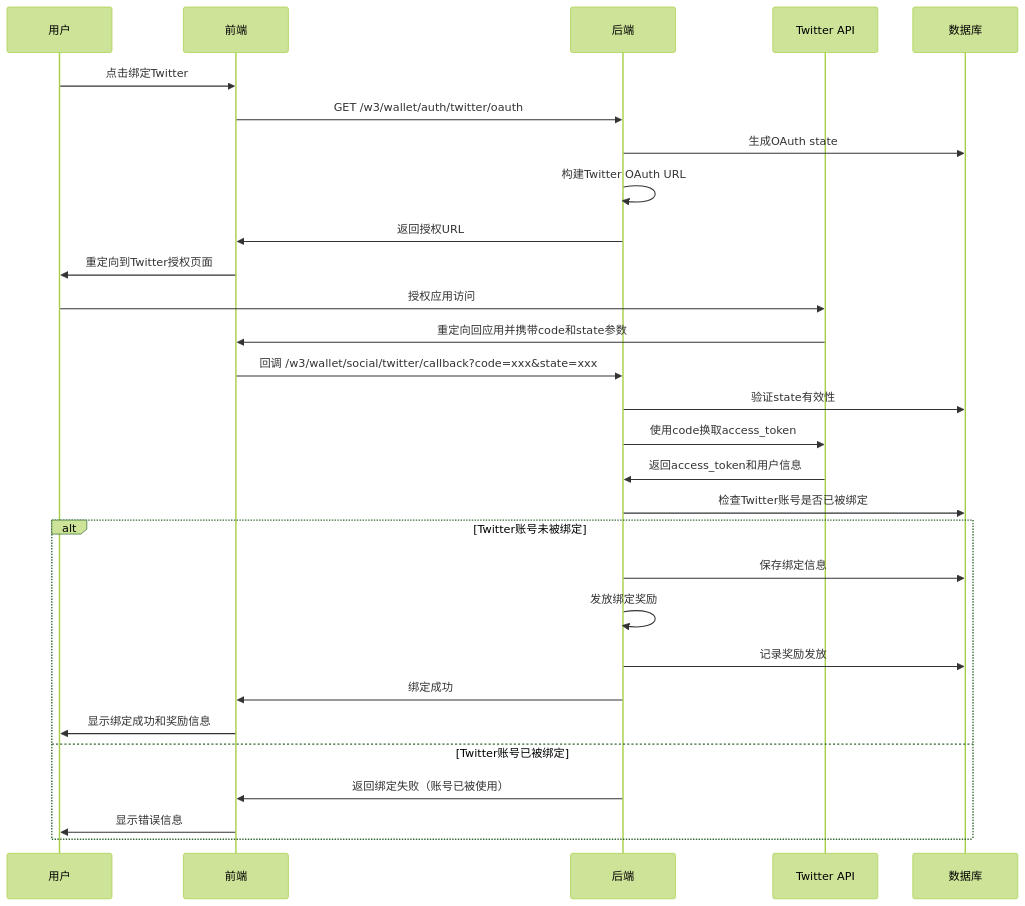
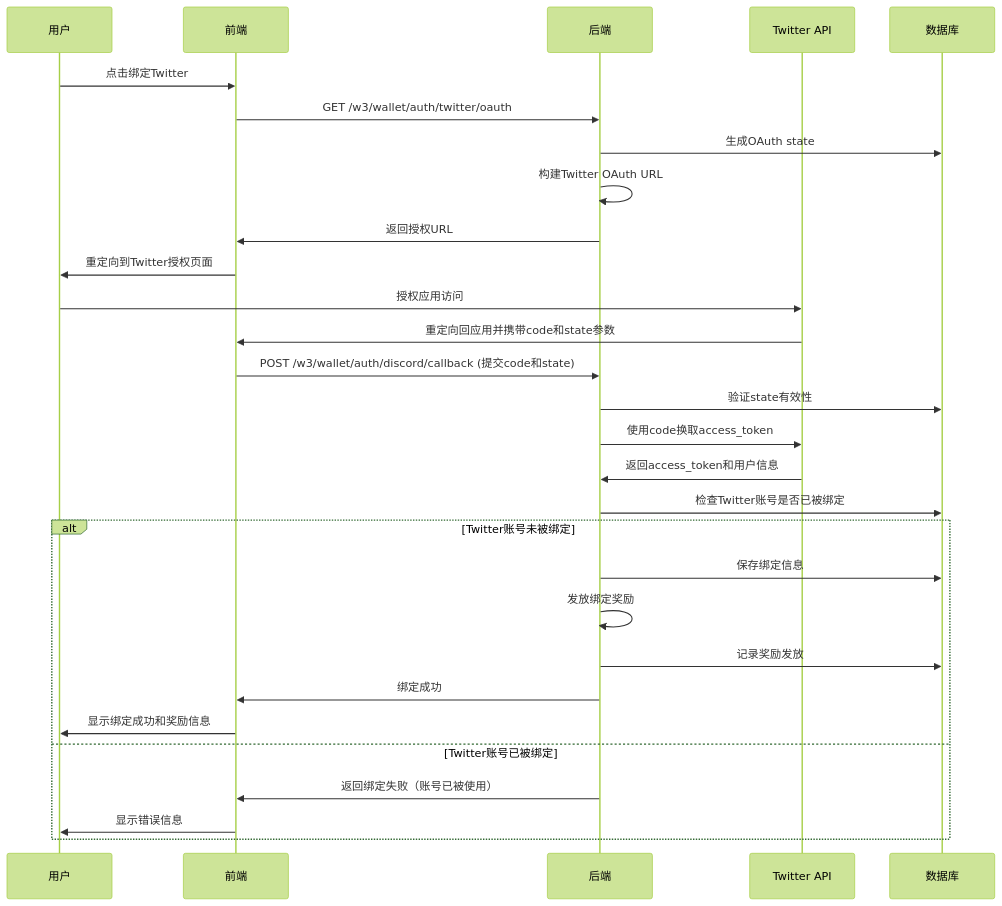
One commit to yingjianzh/iodraw-files changed the diagram in all/未命名-73.md. Above: the diagram before and after it, drawn with Mermaid (forest theme).

Commit message:
2025-07-07 10:53:38 update

````diff
--- a/all/未命名-73.md
+++ b/all/未命名-73.md
@@ -1,37 +1,37 @@
 ```mermaid
 
 sequenceDiagram
     participant User as 用户
     participant Frontend as 前端
     participant Backend as 后端
     participant Twitter as Twitter API
     participant DB as 数据库
 
 
     User->>Frontend: 点击绑定Twitter
     Frontend->>Backend: GET /w3/wallet/auth/twitter/oauth
     Backend->>DB: 生成OAuth state
     Backend->>Backend: 构建Twitter OAuth URL
     Backend->>Frontend: 返回授权URL
     Frontend->>User: 重定向到Twitter授权页面
     
     User->>Twitter: 授权应用访问
     Twitter->>Frontend: 重定向回应用并携带code和state参数
-    Frontend->>Backend: 回调 /w3/wallet/social/twitter/callback?code=xxx&state=xxx
+    Frontend->>Backend: POST /w3/wallet/auth/discord/callback (提交code和state)
     Backend->>DB: 验证state有效性
     Backend->>Twitter: 使用code换取access_token
     Twitter->>Backend: 返回access_token和用户信息
     Backend->>DB: 检查Twitter账号是否已被绑定
     
     alt Twitter账号未被绑定
         Backend->>DB: 保存绑定信息
         Backend->>Backend: 发放绑定奖励
         Backend->>DB: 记录奖励发放
         Backend->>Frontend: 绑定成功
         Frontend->>User: 显示绑定成功和奖励信息
     else Twitter账号已被绑定
         Backend->>Frontend: 返回绑定失败（账号已被使用）
         Frontend->>User: 显示错误信息
     end
 
 ```
````
